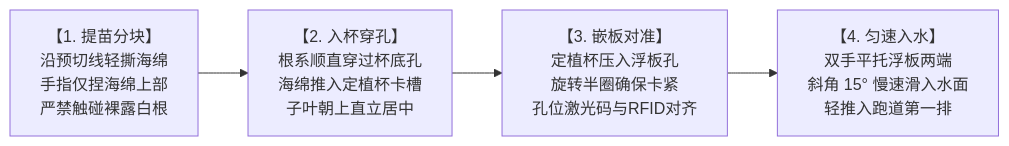
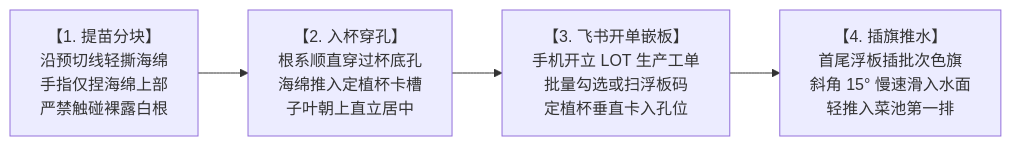
Before and after one commit to digitalboy/aquaponics: the diagram in docs/04_subsystems/02_hydroponics/sop_kanban/KB-03_分苗定植与浮板入水工位看板.md, drawn with Mermaid. The commit also changed other lines of this file and 9 other files, not shown here.

````diff
--- a/docs/04_subsystems/02_hydroponics/sop_kanban/KB-03_分苗定植与浮板入水工位看板.md
+++ b/docs/04_subsystems/02_hydroponics/sop_kanban/KB-03_分苗定植与浮板入水工位看板.md
@@ -21,5 +21,5 @@
 ```mermaid
 flowchart LR
     A["【1. 提苗分块】<br>沿预切线轻撕海绵<br>手指仅捏海绵上部<br>严禁触碰裸露白根"] --> B["【2. 入杯穿孔】<br>根系顺直穿过杯底孔<br>海绵推入定植杯卡槽<br>子叶朝上直立居中"]
-    B --> C["【3. 嵌板对准】<br>定植杯压入浮板孔<br>旋转半圈确保卡紧<br>孔位激光码与RFID对齐"] --> D["【4. 匀速入水】<br>双手平托浮板两端<br>斜角 15° 慢速滑入水面<br>轻推入跑道第一排"]
+    B --> C["【3. 飞书开单嵌板】<br>手机开立 LOT 生产工单<br>批量勾选或扫浮板码<br>定植杯垂直卡入孔位"] --> D["【4. 插旗推水】<br>首尾浮板插批次色旗<br>斜角 15° 慢速滑入水面<br>轻推入菜池第一排"]
 ```
````
